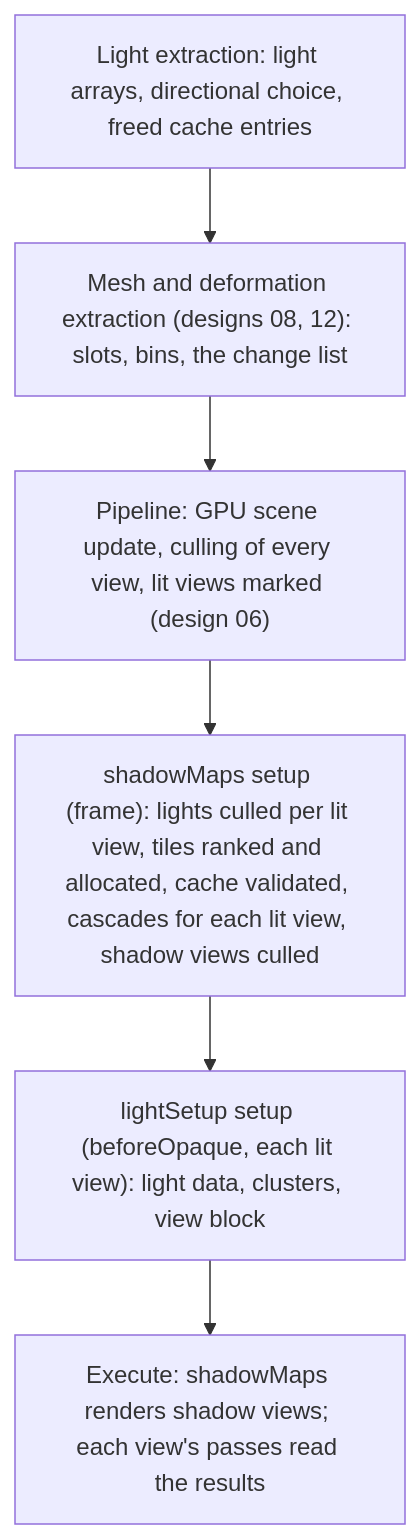
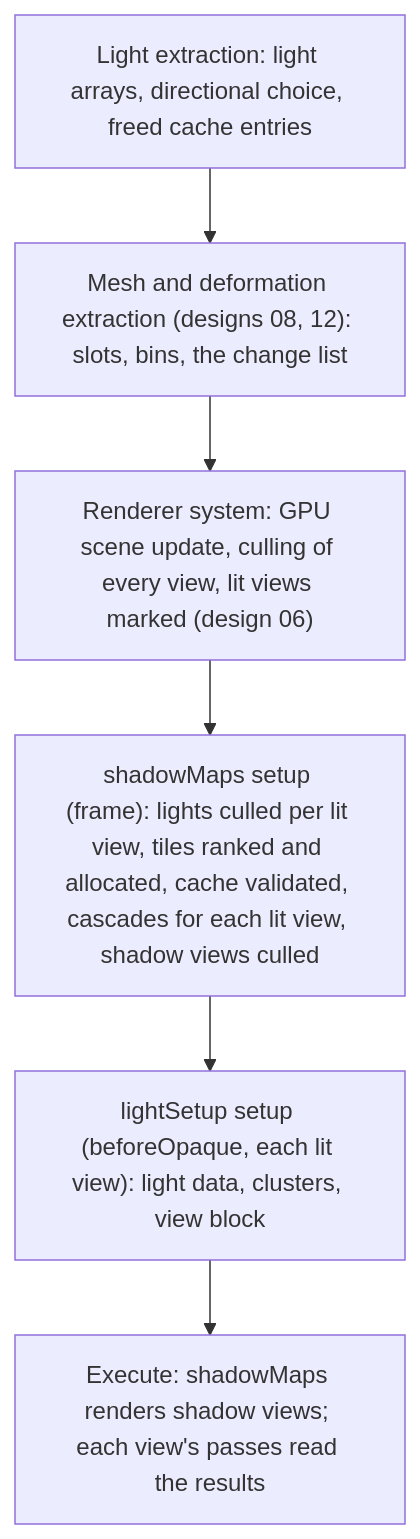
One commit to Forge-Game-Engine/Forge changed the diagram in design/3d/09-lighting-and-shadows.md. Above: the diagram before and after it, drawn with Mermaid. The commit also changed other lines of this file and 16 other files, not shown here.

````diff
--- a/design/3d/09-lighting-and-shadows.md
+++ b/design/3d/09-lighting-and-shadows.md
@@ -484,10 +515,10 @@
 ```mermaid
 flowchart TB
   LE["Light extraction: light arrays, directional choice, freed cache entries"]
   ME["Mesh and deformation extraction (designs 08, 12): slots, bins, the change list"]
-  GS["Pipeline: GPU scene update, culling of every view, lit views marked (design 06)"]
+  GS["Renderer system: GPU scene update, culling of every view, lit views marked (design 06)"]
   SP["shadowMaps setup (frame): lights culled per lit view, tiles ranked and allocated, cache validated, cascades for each lit view, shadow views culled"]
   VP["lightSetup setup (beforeOpaque, each lit view): light data, clusters, view block"]
   EX["Execute: shadowMaps renders shadow views; each view's passes read the results"]
   LE --> ME --> GS --> SP --> VP --> EX
 ```
````
